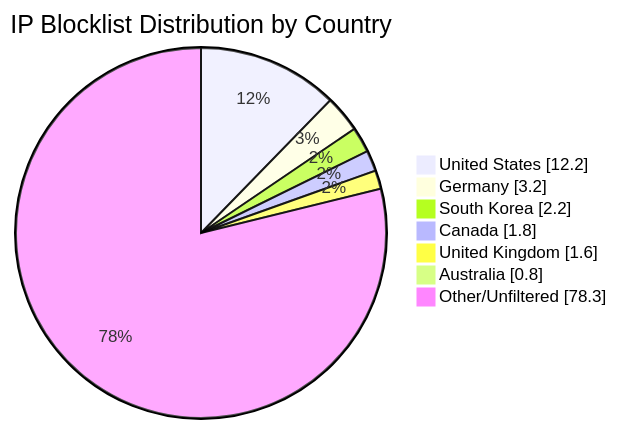
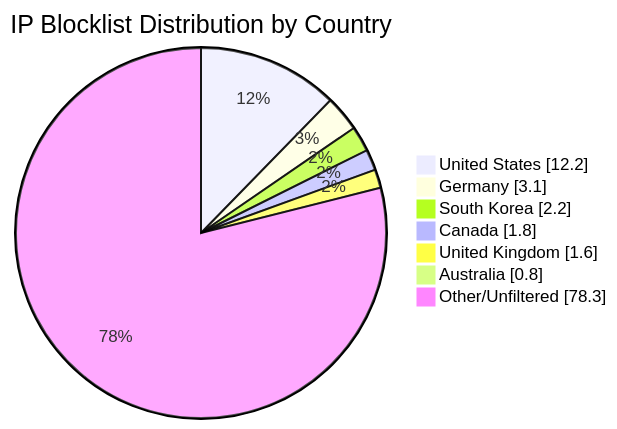
Before and after one commit to MarcusHoltz/ipblocklist-geofiltered-aggregator: the diagram in README.md, drawn with Mermaid. The commit also changed other lines of this file and 9 other files, not shown here.

````diff
--- a/README.md
+++ b/README.md
@@ -34,10 +34,10 @@
 ```mermaid
 pie showData title IP Blocklist Distribution by Country
 "United States" : 12.2
-"Germany" : 3.2
+"Germany" : 3.1
 "South Korea" : 2.2
 "Canada" : 1.8
 "United Kingdom" : 1.6
 "Australia" : 0.8
 "Other/Unfiltered" : 78.3
 ```
````
